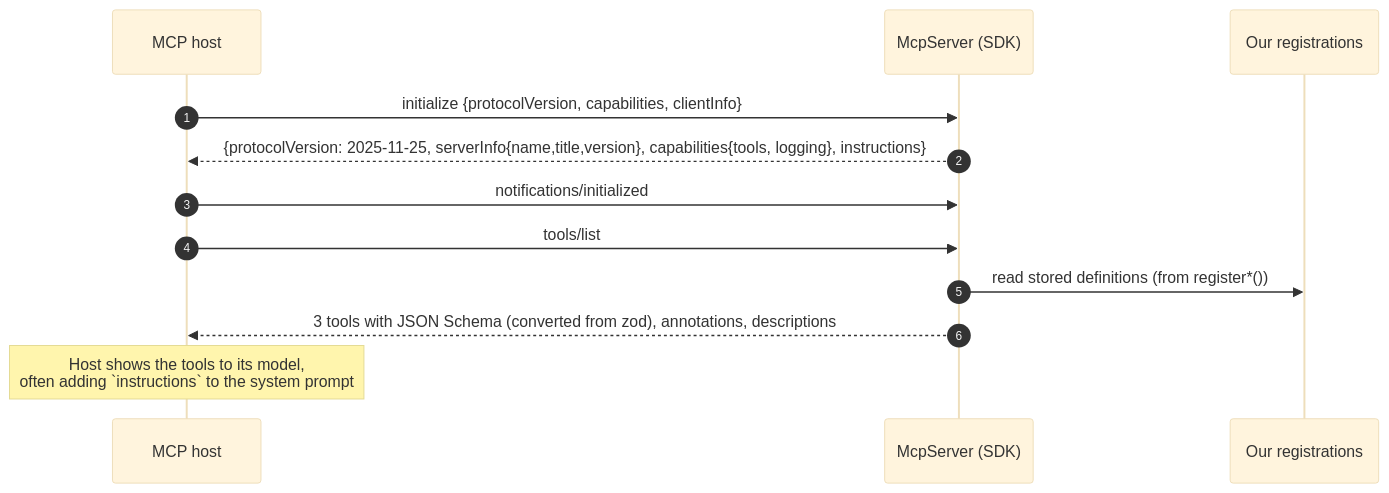
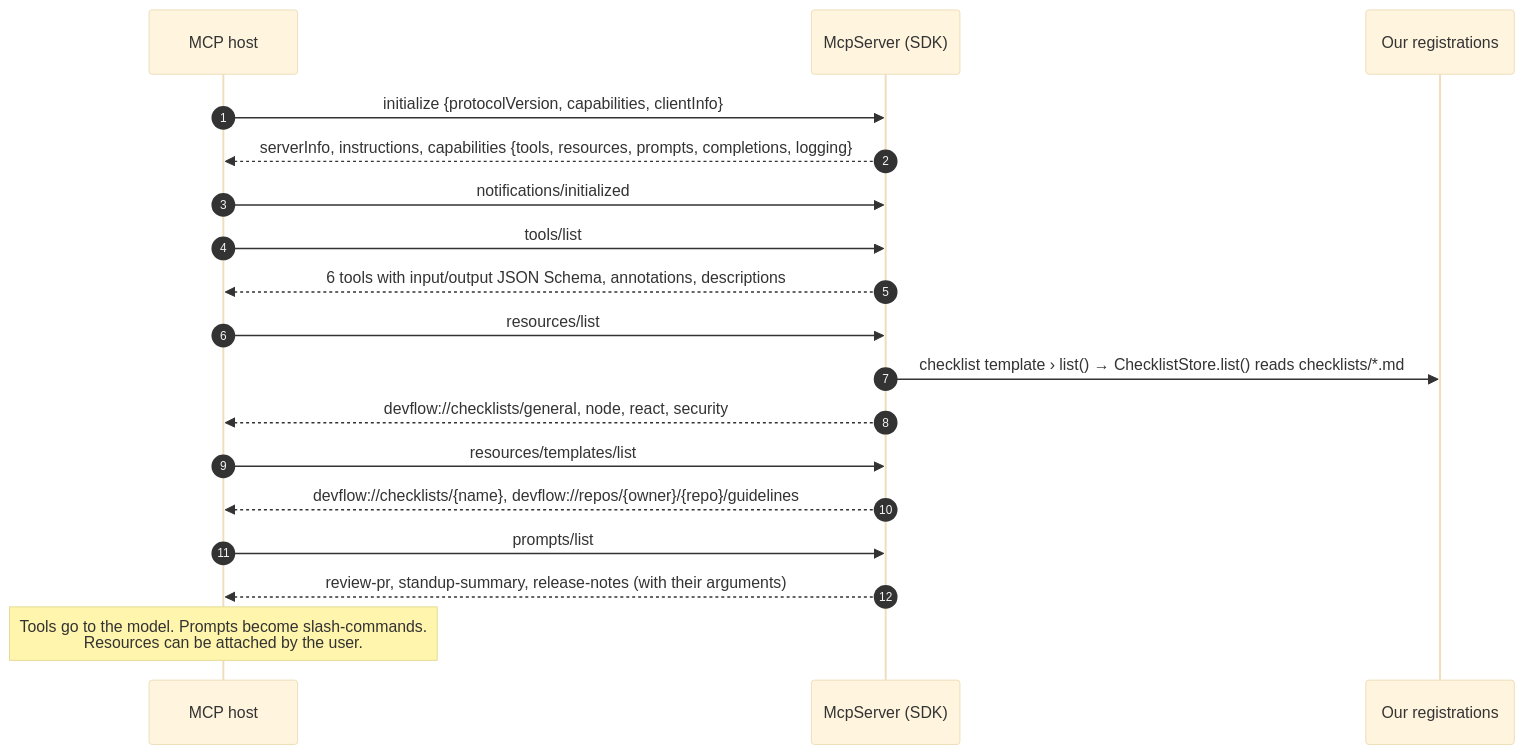
One commit to Kaushal-SF/MCP_Demo changed the second of 15 diagrams in Flow.md. Above: the diagram before and after it, drawn with Mermaid (base theme). The commit also changed other lines of this file and 49 other files, not shown here.

First line of the commit message:
feat: M2 resources, prompts, release notes and host logging

````diff
--- a/Flow.md
+++ b/Flow.md
@@ -71,14 +83,20 @@
 ```mermaid
 sequenceDiagram
     autonumber
     participant Host as MCP host
     participant SDK as McpServer (SDK)
     participant Ours as Our registrations
     Host->>SDK: initialize {protocolVersion, capabilities, clientInfo}
-    SDK-->>Host: {protocolVersion: 2025-11-25, serverInfo{name,title,version}, capabilities{tools, logging}, instructions}
+    SDK-->>Host: serverInfo, instructions, capabilities {tools, resources, prompts, completions, logging}
     Host->>SDK: notifications/initialized
     Host->>SDK: tools/list
-    SDK->>Ours: read stored definitions (from register*())
-    SDK-->>Host: 3 tools with JSON Schema (converted from zod), annotations, descriptions
-    Note over Host: Host shows the tools to its model,<br/>often adding `instructions` to the system prompt
+    SDK-->>Host: 6 tools with input/output JSON Schema, annotations, descriptions
+    Host->>SDK: resources/list
+    SDK->>Ours: checklist template › list() → ChecklistStore.list() reads checklists/*.md
+    SDK-->>Host: devflow://checklists/general, node, react, security
+    Host->>SDK: resources/templates/list
+    SDK-->>Host: devflow://checklists/{name}, devflow://repos/{owner}/{repo}/guidelines
+    Host->>SDK: prompts/list
+    SDK-->>Host: review-pr, standup-summary, release-notes (with their arguments)
+    Note over Host: Tools go to the model. Prompts become slash-commands.<br/>Resources can be attached by the user.
 ```
````
